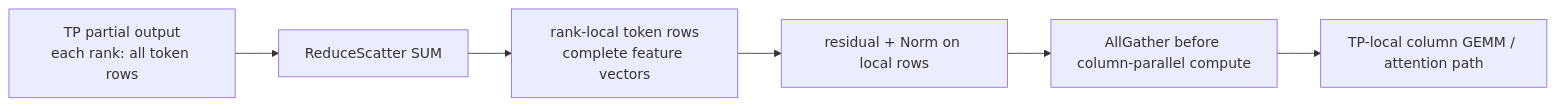
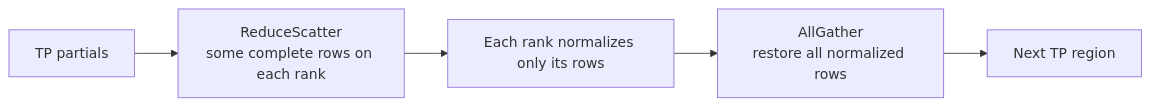
The fourth of 6 diagrams in learning/en/ai-infra-basic/Parallel_Strategy/02-sp-versus-context-parallelism.md (cl-vv-h/SGLang_Tutor), drawn with Mermaid before and after one commit. The commit also changed other lines of this file and 5 other files, not shown here.

````diff
--- a/learning/en/ai-infra-basic/Parallel_Strategy/02-sp-versus-context-parallelism.md
+++ b/learning/en/ai-infra-basic/Parallel_Strategy/02-sp-versus-context-parallelism.md
@@ -39,8 +298,7 @@
 ```mermaid
 flowchart LR
-    P["TP partial output<br/>each rank: all token rows"] --> RS["ReduceScatter SUM"]
-    RS --> S["rank-local token rows<br/>complete feature vectors"]
-    S --> N["residual + Norm on local rows"]
-    N --> AG["AllGather before column-parallel compute"]
-    AG --> G["TP-local column GEMM / attention path"]
+    P["TP partials"] --> R["ReduceScatter<br/>some complete rows on each rank"]
+    R --> N["Each rank normalizes only its rows"]
+    N --> A["AllGather<br/>restore all normalized rows"]
+    A --> L["Next TP region"]
 ```
````
